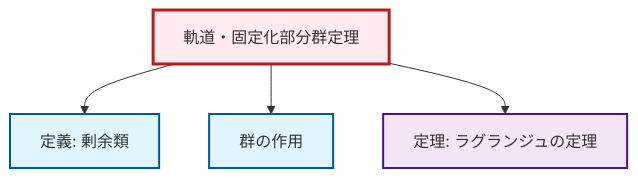
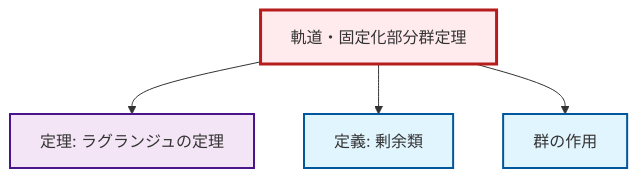
Before and after one commit to RK0429/ModernMath: the diagram in output/mermaid/ja/thm-orbit-stabilizer.mermaid, drawn with Mermaid. The commit also changed other lines of this file and 3094 other files, not shown here.

```diff
--- a/output/mermaid/ja/thm-orbit-stabilizer.mermaid
+++ b/output/mermaid/ja/thm-orbit-stabilizer.mermaid
@@ -1,15 +1,15 @@
 %%| fig-cap: "Local dependency graph"
 graph TD
     classDef definition fill:#e1f5fe,stroke:#01579b,stroke-width:2px
     classDef theorem fill:#f3e5f5,stroke:#4a148c,stroke-width:2px
     classDef axiom fill:#fff3e0,stroke:#e65100,stroke-width:2px
     classDef example fill:#e8f5e9,stroke:#1b5e20,stroke-width:2px
     classDef current fill:#ffebee,stroke:#b71c1c,stroke-width:3px
     thm-orbit-stabilizer["軌道・固定化部分群定理"]:::theorem
+    thm-lagrange["定理: ラグランジュの定理"]:::theorem
     def-group-action["群の作用"]:::definition
     def-coset["定義: 剰余類"]:::definition
-    thm-lagrange["定理: ラグランジュの定理"]:::theorem
+    thm-orbit-stabilizer --> thm-lagrange
     thm-orbit-stabilizer --> def-coset
     thm-orbit-stabilizer --> def-group-action
-    thm-orbit-stabilizer --> thm-lagrange
     class thm-orbit-stabilizer current
```
